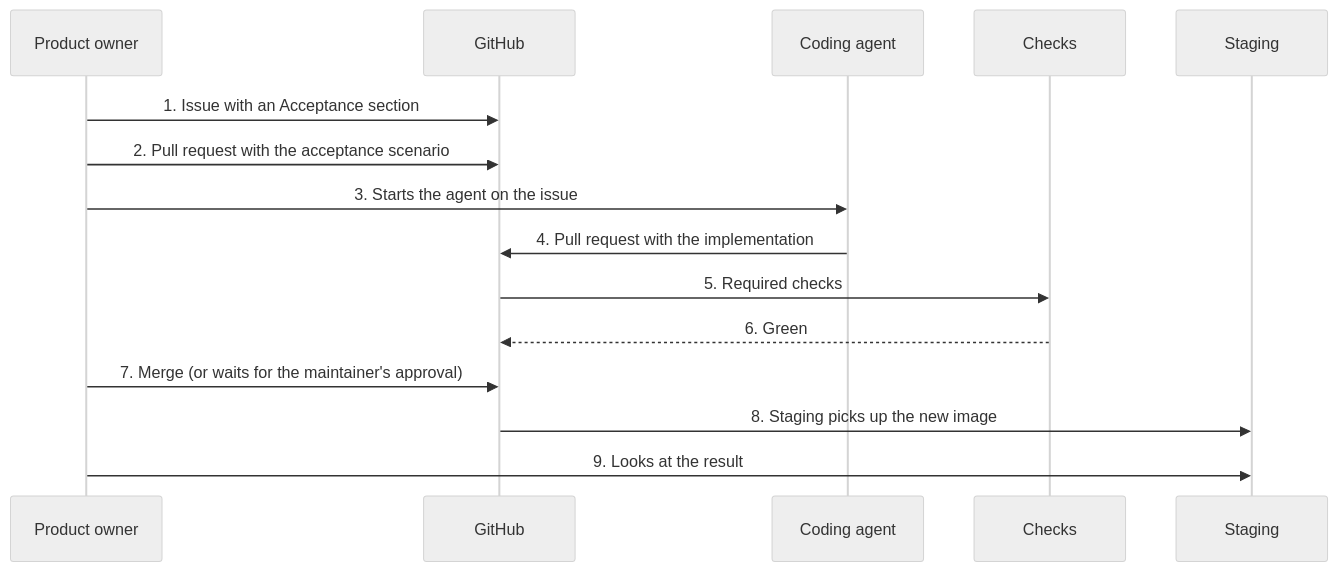
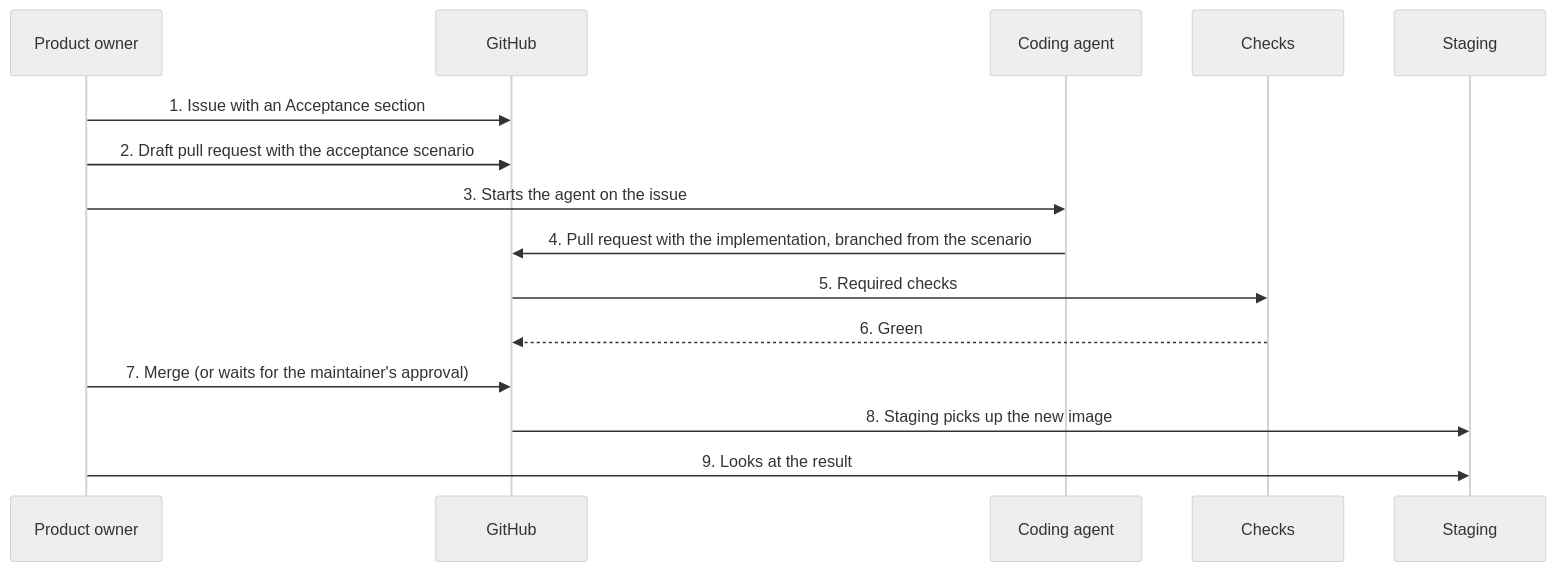
Before and after one commit to VickieKom/studysoft: the tenth of 11 diagrams in docs/architecture.md, drawn with Mermaid (neutral theme). The commit also changed other lines of this file and 1 other file, not shown here.

Commit message:
Merge a scenario together with its implementation
A scenario merged before its implementation keeps main red, and marking it
as an expected failure would weaken a check. The scenario pull request stays
a draft for review; the implementation branches from it and lands both.

Claude-Session: https://claude.ai/code/session_01783Z6f5LPU6ea6FQVxsJEi

````diff
--- a/docs/architecture.md
+++ b/docs/architecture.md
@@ -476,18 +476,18 @@
 ```mermaid
 sequenceDiagram
     participant V as Product owner
     participant G as GitHub
     participant A as Coding agent
     participant CI as Checks
     participant St as Staging
 
     V->>G: 1. Issue with an Acceptance section
-    V->>G: 2. Pull request with the acceptance scenario
+    V->>G: 2. Draft pull request with the acceptance scenario
     V->>A: 3. Starts the agent on the issue
-    A->>G: 4. Pull request with the implementation
+    A->>G: 4. Pull request with the implementation, branched from the scenario
     G->>CI: 5. Required checks
     CI-->>G: 6. Green
     V->>G: 7. Merge (or waits for the maintainer's approval)
     G->>St: 8. Staging picks up the new image
     V->>St: 9. Looks at the result
 ```
````
